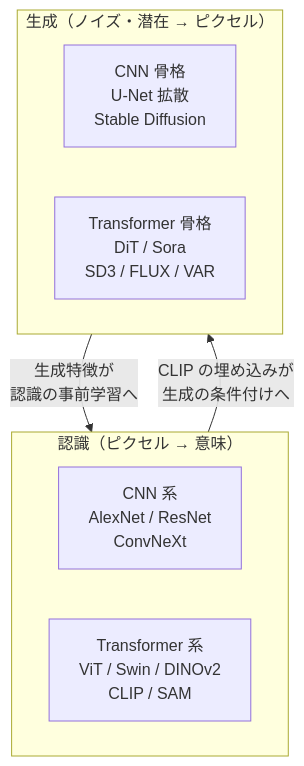
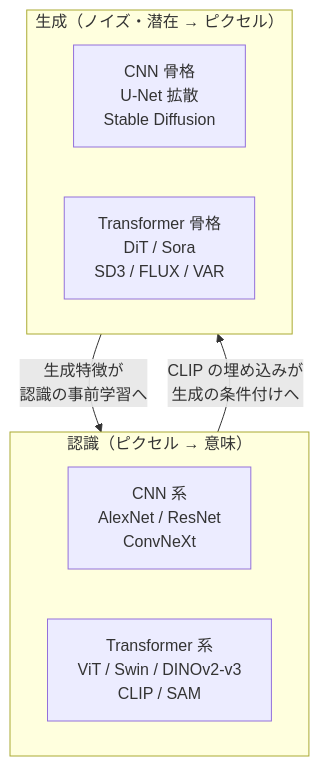
The first of 4 diagrams in src/pages/vision/06-vision-landscape.md (ksterx/textbook), drawn with Mermaid before and after one commit. The commit also changed other lines of this file and 8 other files, not shown here.

First line of the commit message:
非audioを最新研究・トレンド・図で強化（新規3章＋地図3章増補）

````diff
--- a/src/pages/vision/06-vision-landscape.md
+++ b/src/pages/vision/06-vision-landscape.md
@@ -44,15 +44,15 @@
 ```mermaid
 flowchart TB
   subgraph 認識["認識（ピクセル → 意味）"]
     direction LR
     RC["CNN 系<br/>AlexNet / ResNet<br/>ConvNeXt"]
-    RT["Transformer 系<br/>ViT / Swin / DINOv2<br/>CLIP / SAM"]
+    RT["Transformer 系<br/>ViT / Swin / DINOv2-v3<br/>CLIP / SAM"]
   end
   subgraph 生成["生成（ノイズ・潜在 → ピクセル）"]
     direction LR
     GC["CNN 骨格<br/>U-Net 拡散<br/>Stable Diffusion"]
     GT["Transformer 骨格<br/>DiT / Sora<br/>SD3 / FLUX / VAR"]
   end
   認識 -->|"CLIP の埋め込みが<br/>生成の条件付けへ"| 生成
   生成 -->|"生成特徴が<br/>認識の事前学習へ"| 認識
 ```
````
